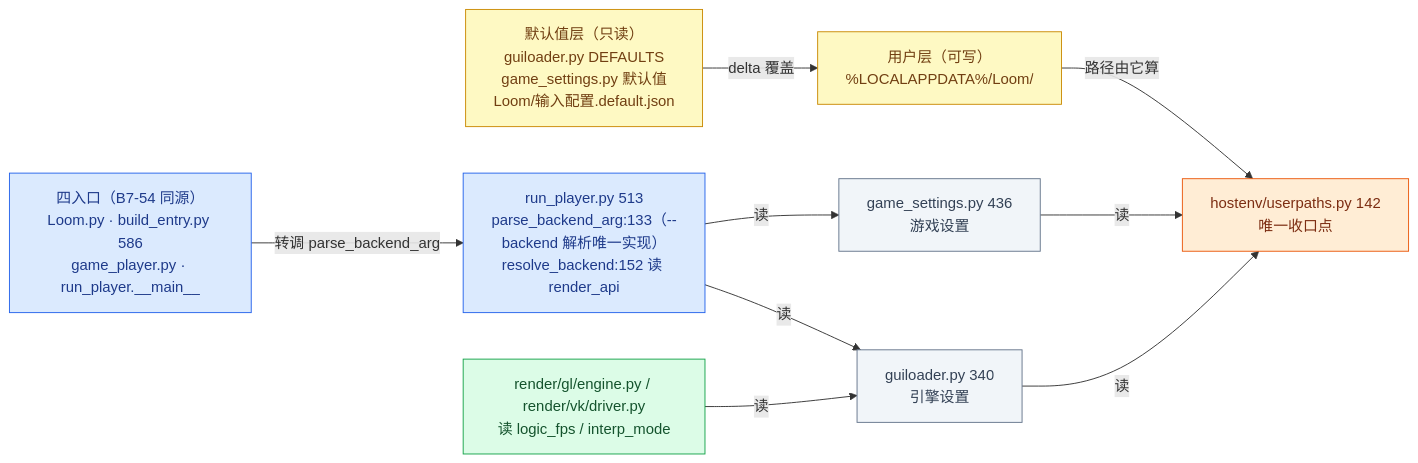
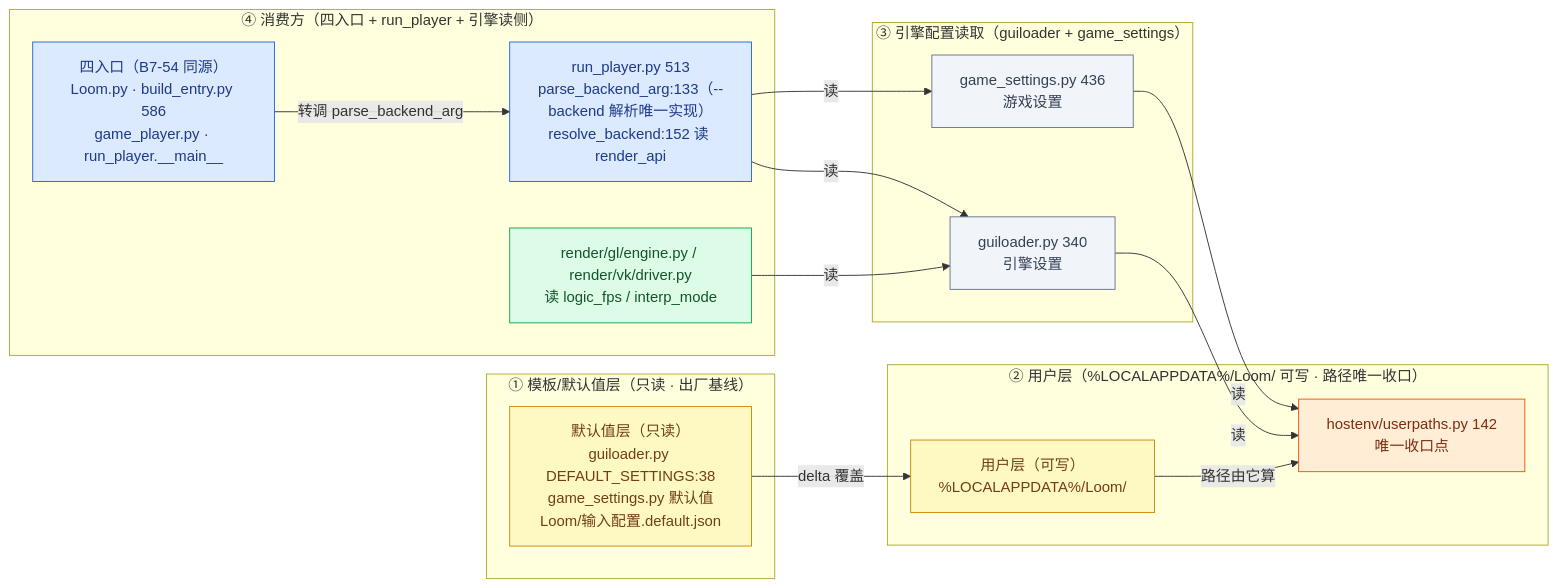
Diagram 11 of 23 in ARCHITECTURE.md (lhy302/WeaveEngine), drawn with Mermaid before and after one commit. The commit also changed other lines of this file, not shown here.

Commit message:
docs: 图 8~14 全部改为功能模块分框结构（含事实实测刷新）

````diff
--- a/ARCHITECTURE.md
+++ b/ARCHITECTURE.md
@@ -649,24 +663,32 @@
 ```mermaid
 flowchart LR
-  T["默认值层（只读）<br/>guiloader.py DEFAULTS<br/>game_settings.py 默认值<br/>Loom/输入配置.default.json"]:::external
-  U["用户层（可写）<br/>%LOCALAPPDATA%/Loom/"]:::external
-  P["hostenv/userpaths.py 142<br/>唯一收口点"]:::contract
-  G1["guiloader.py 340<br/>引擎设置"]:::file
-  G2["game_settings.py 436<br/>游戏设置"]:::file
-  C0["四入口（B7-54 同源）<br/>Loom.py · build_entry.py 586<br/>game_player.py · run_player.__main__"]:::entry
-  R1["run_player.py 513<br/>parse_backend_arg:133（--backend 解析唯一实现）<br/>resolve_backend:152 读 render_api"]:::entry
-  R2["render/gl/engine.py / render/vk/driver.py<br/>读 logic_fps / interp_mode"]:::impl
+  subgraph TMPL["① 模板/默认值层（只读 · 出厂基线）"]
+    T["默认值层（只读）<br/>guiloader.py DEFAULT_SETTINGS:38<br/>game_settings.py 默认值<br/>Loom/输入配置.default.json"]:::external
+  end
+  subgraph USERL["② 用户层（%LOCALAPPDATA%/Loom/ 可写 · 路径唯一收口）"]
+    U["用户层（可写）<br/>%LOCALAPPDATA%/Loom/"]:::external
+    P["hostenv/userpaths.py 142<br/>唯一收口点"]:::contract
+  end
+  subgraph CFG["③ 引擎配置读取（guiloader + game_settings）"]
+    G1["guiloader.py 340<br/>引擎设置"]:::file
+    G2["game_settings.py 436<br/>游戏设置"]:::file
+  end
+  subgraph CONS["④ 消费方（四入口 + run_player + 引擎读侧）"]
+    C0["四入口（B7-54 同源）<br/>Loom.py · build_entry.py 586<br/>game_player.py · run_player.__main__"]:::entry
+    R1["run_player.py 513<br/>parse_backend_arg:133（--backend 解析唯一实现）<br/>resolve_backend:152 读 render_api"]:::entry
+    R2["render/gl/engine.py / render/vk/driver.py<br/>读 logic_fps / interp_mode"]:::impl
+  end
   T -->|delta 覆盖| U
   U -->|路径由它算| P
   G1 -->|读| P
   G2 -->|读| P
   C0 -->|转调 parse_backend_arg| R1
   R1 -->|读| G1
   R1 -->|读| G2
   R2 -->|读| G1
   classDef entry fill:#dbeafe,stroke:#2563eb,color:#1e3a8a
   classDef impl fill:#dcfce7,stroke:#16a34a,color:#14532d
   classDef contract fill:#ffedd5,stroke:#ea580c,color:#7c2d12
   classDef file fill:#f1f5f9,stroke:#64748b,color:#334155
   classDef external fill:#fef9c3,stroke:#ca8a04,color:#713f12
 ```
````
